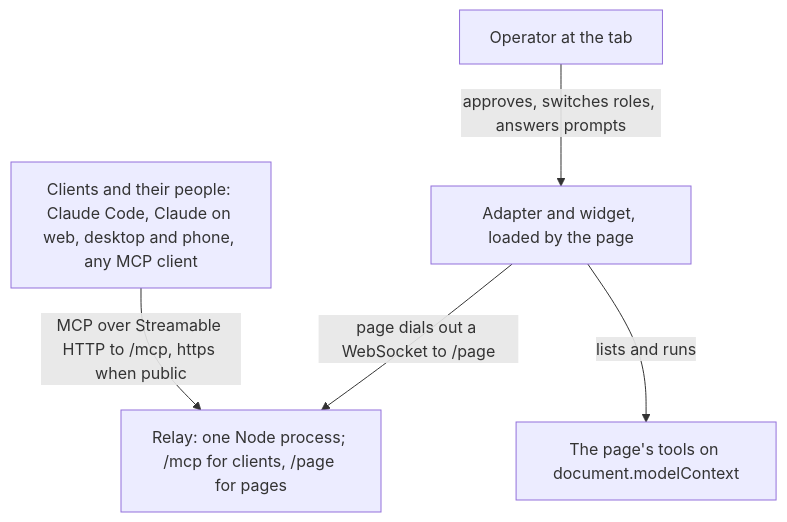
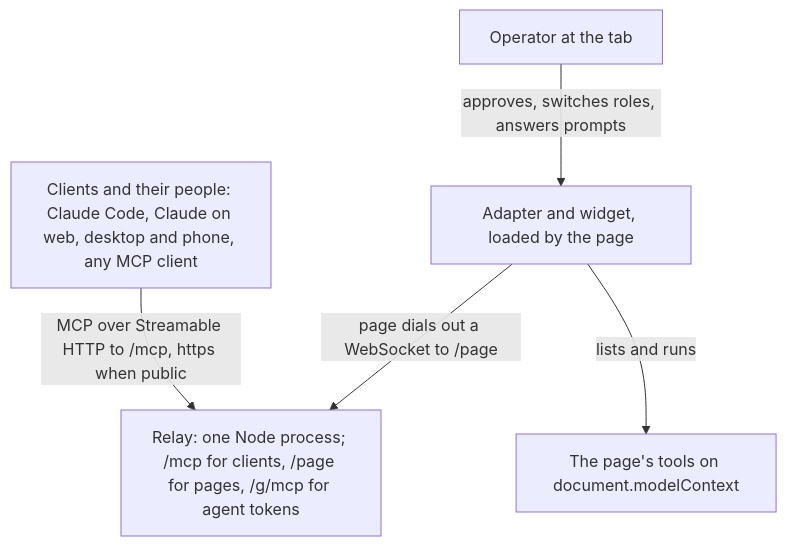
Before and after one commit to PaulMRamirez/tabdock: the first of 3 diagrams in docs/guide/01-concepts.md, drawn with Mermaid. The commit also changed other lines of this file and 435 other files, not shown here.

````diff
--- a/docs/guide/01-concepts.md
+++ b/docs/guide/01-concepts.md
@@ -7,12 +7,12 @@
 ```mermaid
 flowchart TB
   people["Clients and their people: Claude Code, Claude on web, desktop and phone, any MCP client"]
-  relay["Relay: one Node process; /mcp for clients, /page for pages"]
+  relay["Relay: one Node process; /mcp for clients, /page for pages, /g/mcp for agent tokens"]
   adapter["Adapter and widget, loaded by the page"]
   tools["The page's tools on document.modelContext"]
   operator["Operator at the tab"]
   people -->|"MCP over Streamable HTTP to /mcp, https when public"| relay
   adapter -->|"page dials out a WebSocket to /page"| relay
   adapter -->|"lists and runs"| tools
   operator -->|"approves, switches roles, answers prompts"| adapter
 ```
````
